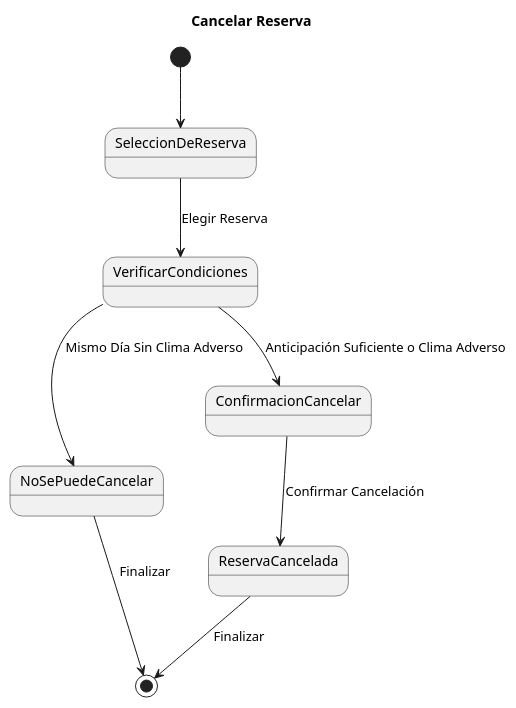
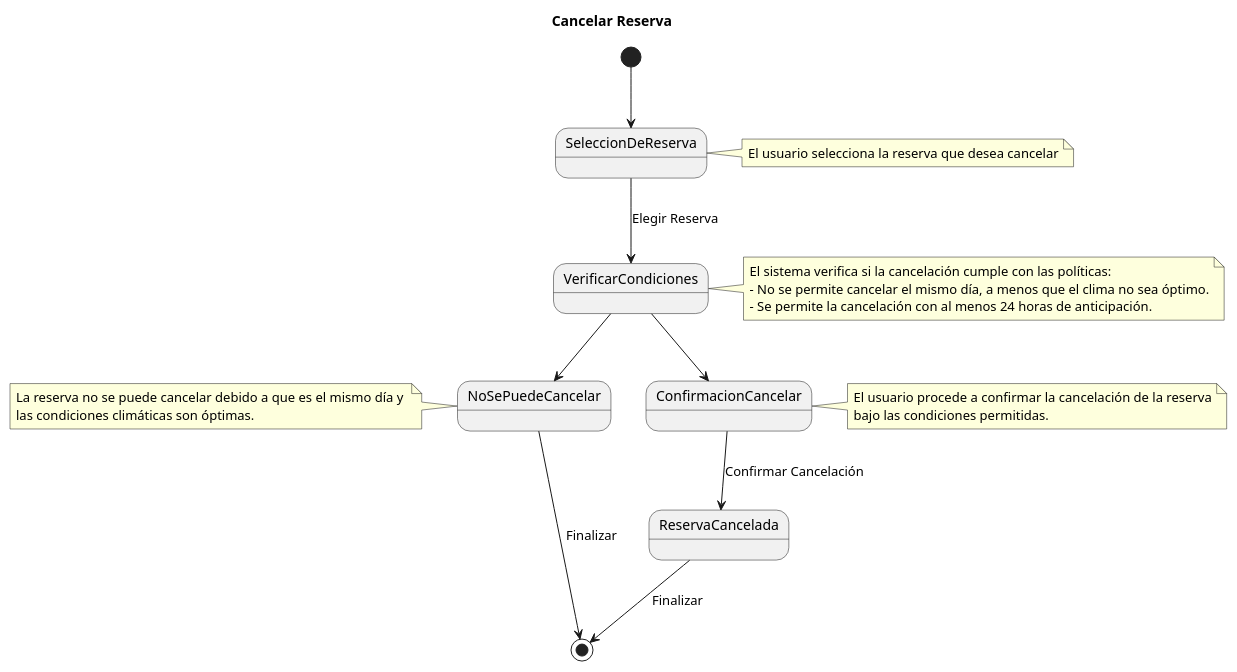
The diagram in CasosDeUso/CduDetallados/CduReserva/CancelarReserva.puml (pablarce/23-24-IdSw1-SDR), drawn with PlantUML before and after one commit.

Commit message:
Se le agregan notas al CDU CancelarReserva

```diff
--- a/CasosDeUso/CduDetallados/CduReserva/CancelarReserva.puml
+++ b/CasosDeUso/CduDetallados/CduReserva/CancelarReserva.puml
@@ -1,12 +1,34 @@
 @startuml
 title Cancelar Reserva
 
 [*] --> SeleccionDeReserva
+note right of SeleccionDeReserva
+ El usuario selecciona la reserva que desea cancelar
+end note
+
 SeleccionDeReserva --> VerificarCondiciones : Elegir Reserva
-VerificarCondiciones --> NoSePuedeCancelar : Mismo Día Sin Clima Adverso
-VerificarCondiciones --> ConfirmacionCancelar : Anticipación Suficiente o Clima Adverso
+note right of VerificarCondiciones
+ El sistema verifica si la cancelación cumple con las políticas:
+ - No se permite cancelar el mismo día, a menos que el clima no sea óptimo.
+ - Se permite la cancelación con al menos 24 horas de anticipación.
+end note
+
+VerificarCondiciones --> NoSePuedeCancelar 
+note left of NoSePuedeCancelar
+ La reserva no se puede cancelar debido a que es el mismo día y 
+ las condiciones climáticas son óptimas.
+end note
+
+VerificarCondiciones --> ConfirmacionCancelar
+note right of ConfirmacionCancelar
+ El usuario procede a confirmar la cancelación de la reserva
+ bajo las condiciones permitidas.
+end note
+
 ConfirmacionCancelar --> ReservaCancelada : Confirmar Cancelación
+
+
 NoSePuedeCancelar --> [*] : Finalizar
 ReservaCancelada --> [*] : Finalizar
 
 @enduml
```
